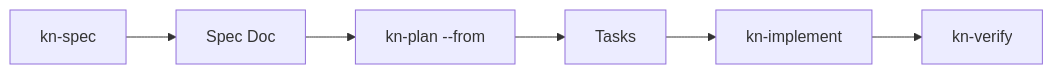
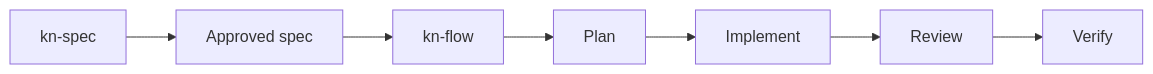
Before and after one commit to tqa24/knowns: the second of 2 diagrams in .knowns/docs/guides/skills-guide.md, drawn with Mermaid. The commit also changed other lines of this file and 69 other files, not shown here.

````diff
--- a/.knowns/docs/guides/skills-guide.md
+++ b/.knowns/docs/guides/skills-guide.md
@@ -75,8 +92,9 @@
 ```mermaid
 graph LR
-    A[kn-spec] --> B[Spec Doc]
-    B --> C[kn-plan --from]
-    C --> D[Tasks]
-    D --> E[kn-implement]
-    E --> F[kn-verify]
+    A[kn-spec] --> B[Approved spec]
+    B --> C[kn-flow]
+    C --> D[Plan]
+    D --> E[Implement]
+    E --> F[Review]
+    F --> G[Verify]
 ```
````
